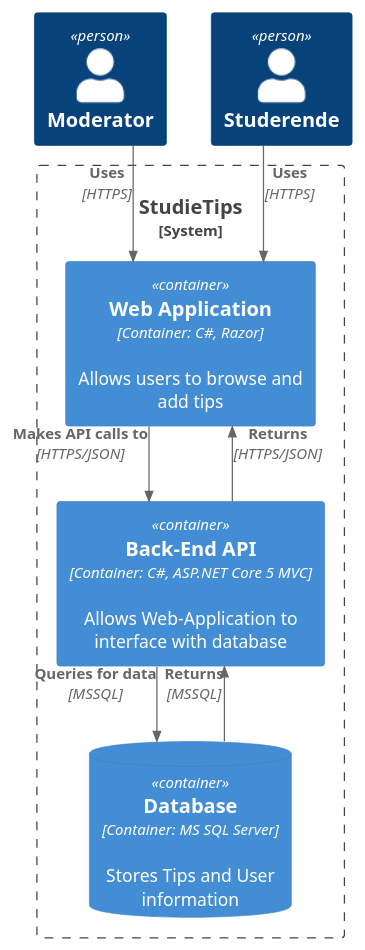
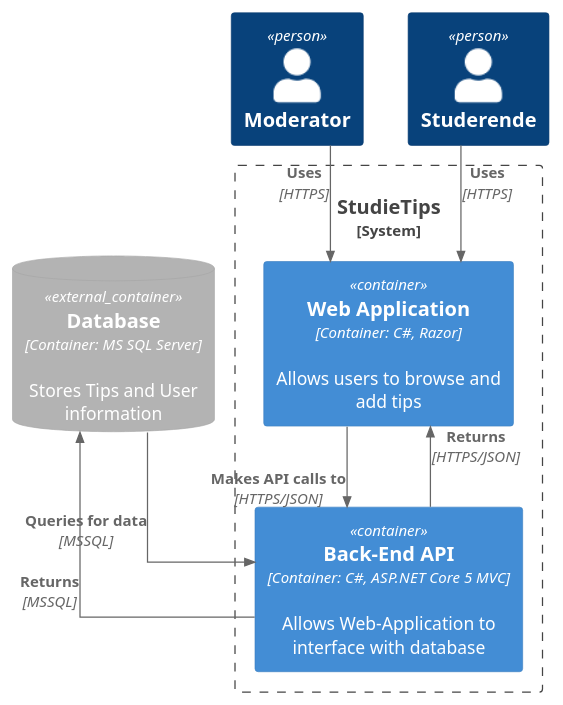
Before and after one commit to I4PRJ4/I4PRJ4-plantuml: the diagram in C4/container.puml, drawn with PlantUML. The commit also changed 1 other file, not shown here.

Commit message:
Modified C4 diagrams

```diff
--- a/C4/container.puml
+++ b/C4/container.puml
@@ -1,28 +1,28 @@
 @startuml Container Diagram
 !include <C4/C4_Container>
 
 skinparam linetype ortho
 
 Person(User, "Studerende")
 Person(Moderator, "Moderator")
 
 System_Boundary(c1, "StudieTips") {
 
     Container(web_app, "Web Application", "Container: C#, Razor", "Allows users to browse and add tips")
 
     Container(API, "Back-End API", "Container: C#, ASP.NET Core 5 MVC", "Allows Web-Application to interface with database")
     
-    ContainerDb(Database, "Database","Container: MS SQL Server","Stores Tips and User information")
-
+    
 }
+ContainerDb_Ext(Database, "Database","Container: MS SQL Server","Stores Tips and User information")
 
 Moderator -[hidden]left- web_app
 
 Rel(User, web_app, "Uses", "HTTPS")
 Rel(Moderator, web_app, "Uses", "HTTPS")
 Rel(API, web_app, "Returns", "HTTPS/JSON")
 Rel(web_app, API, "Makes API calls to", "HTTPS/JSON")
-Rel(API, Database, "Queries for data", "MSSQL")
-Rel_U(Database, API, "Returns", "MSSQL")
+Rel(Database, API, "Queries for data", "MSSQL")
+Rel_U(API, Database, "Returns", "MSSQL")
 
 @enduml
```
